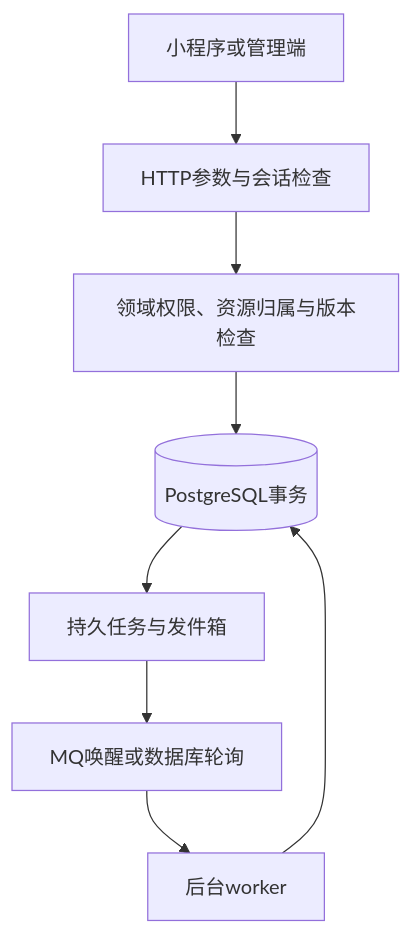
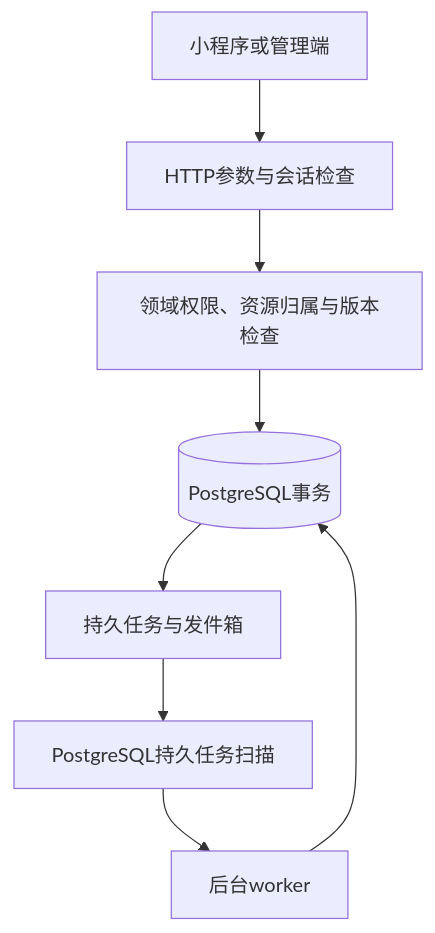
One commit to calm195/liyuanci-backend-go changed the diagram in FUNCTIONALITY.md. Above: the diagram before and after it, drawn with Mermaid. The commit also changed other lines of this file and 4 other files, not shown here.

````diff
--- a/FUNCTIONALITY.md
+++ b/FUNCTIONALITY.md
@@ -7,10 +7,10 @@
 ```mermaid
 flowchart TD
   A[小程序或管理端] --> B[HTTP参数与会话检查]
   B --> C[领域权限、资源归属与版本检查]
   C --> D[(PostgreSQL事务)]
   D --> E[持久任务与发件箱]
-  E --> F[MQ唤醒或数据库轮询]
+  E --> F[PostgreSQL持久任务扫描]
   F --> G[后台worker]
   G --> D
 ```
````
